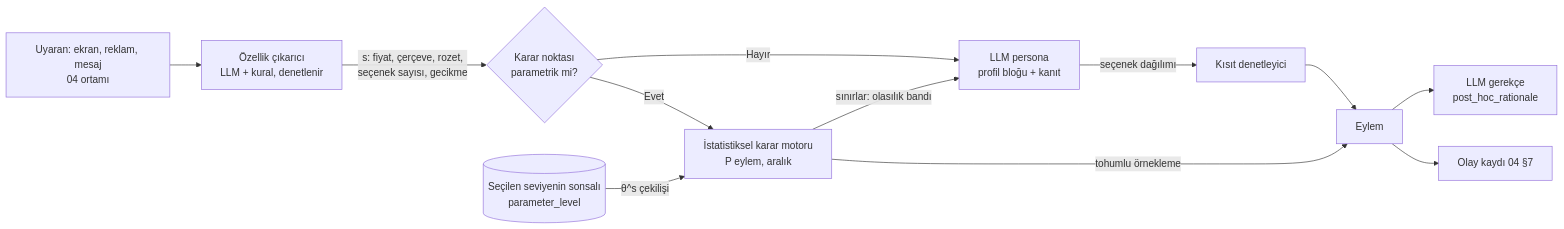
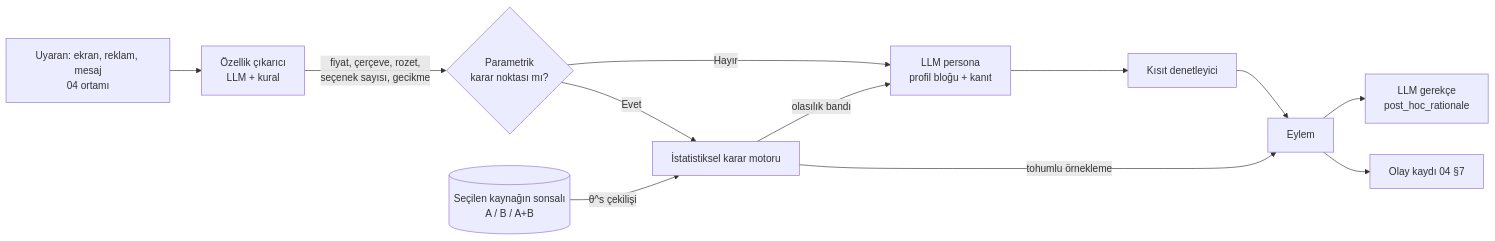
The diagram in persona-katmani/docs/mimari/07-dijital-ikiz-istatistik.md (yilmazfatih-cyber/Deneme), drawn with Mermaid before and after one commit. The commit also changed other lines of this file and 4 other files, not shown here.

````diff
--- a/persona-katmani/docs/mimari/07-dijital-ikiz-istatistik.md
+++ b/persona-katmani/docs/mimari/07-dijital-ikiz-istatistik.md
@@ -320,14 +249,13 @@
 ```mermaid
 flowchart LR
-    S[Uyaran: ekran, reklam, mesaj<br/>04 ortamı] --> X[Özellik çıkarıcı<br/>LLM + kural, denetlenir]
-    X -->|s: fiyat, çerçeve, rozet,<br/>seçenek sayısı, gecikme| K{Karar noktası<br/>parametrik mi?}
-    P[(Seçilen seviyenin sonsalı<br/>parameter_level)] -->|θ^s çekilişi| M
-    K -- Evet --> M[İstatistiksel karar motoru<br/>P eylem, aralık]
+    S[Uyaran: ekran, reklam, mesaj<br/>04 ortamı] --> X[Özellik çıkarıcı<br/>LLM + kural]
+    X -->|fiyat, çerçeve, rozet,<br/>seçenek sayısı, gecikme| K{Parametrik<br/>karar noktası mı?}
+    P[(Seçilen kaynağın sonsalı<br/>A / B / A+B)] -->|θ^s çekilişi| M
+    K -- Evet --> M[İstatistiksel karar motoru]
     M -->|tohumlu örnekleme| A[Eylem]
     K -- Hayır --> L[LLM persona<br/>profil bloğu + kanıt]
-    M -->|sınırlar: olasılık bandı| L
-    L -->|seçenek dağılımı| C[Kısıt denetleyici]
-    C --> A
+    M -->|olasılık bandı| L
+    L --> C[Kısıt denetleyici] --> A
     A --> E[Olay kaydı 04 §7]
     A --> R[LLM gerekçe<br/>post_hoc_rationale]
 ```
````
